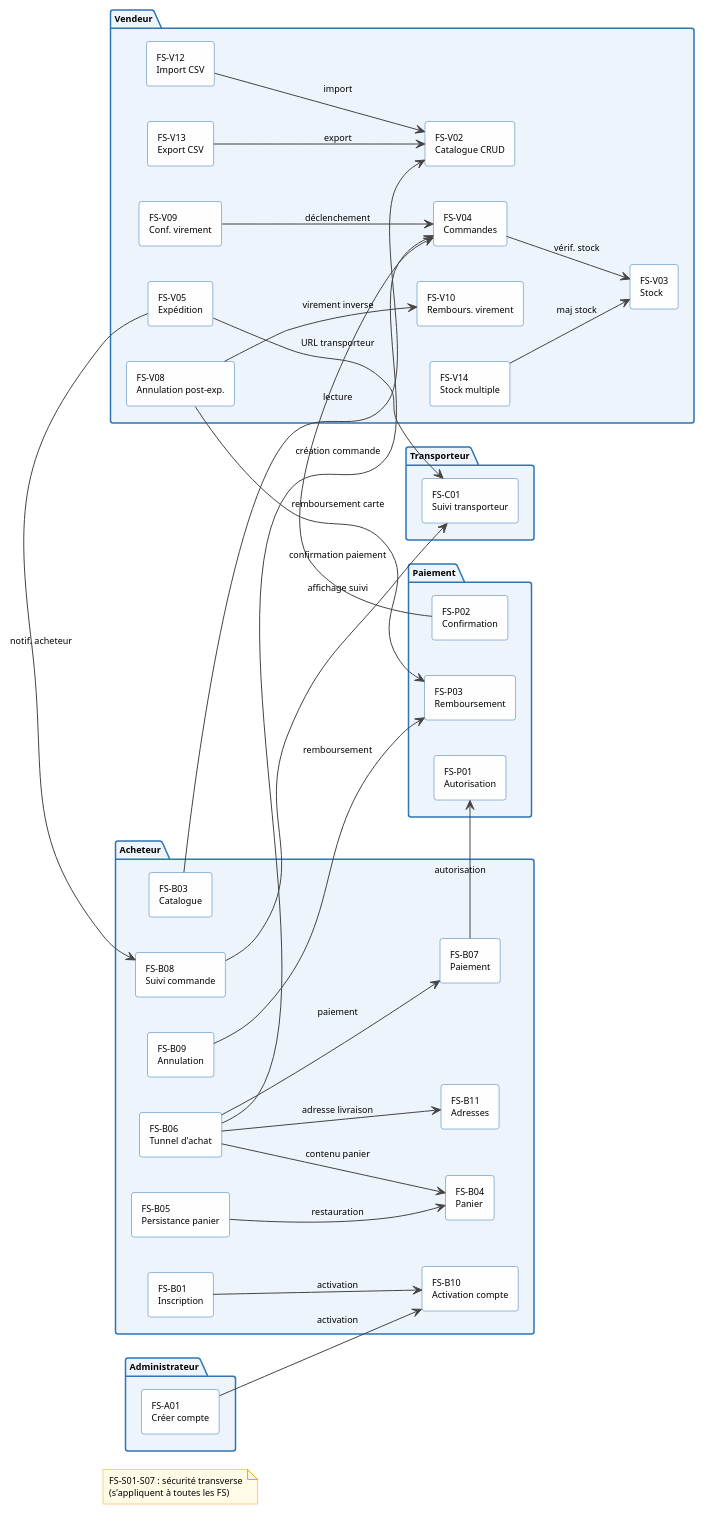
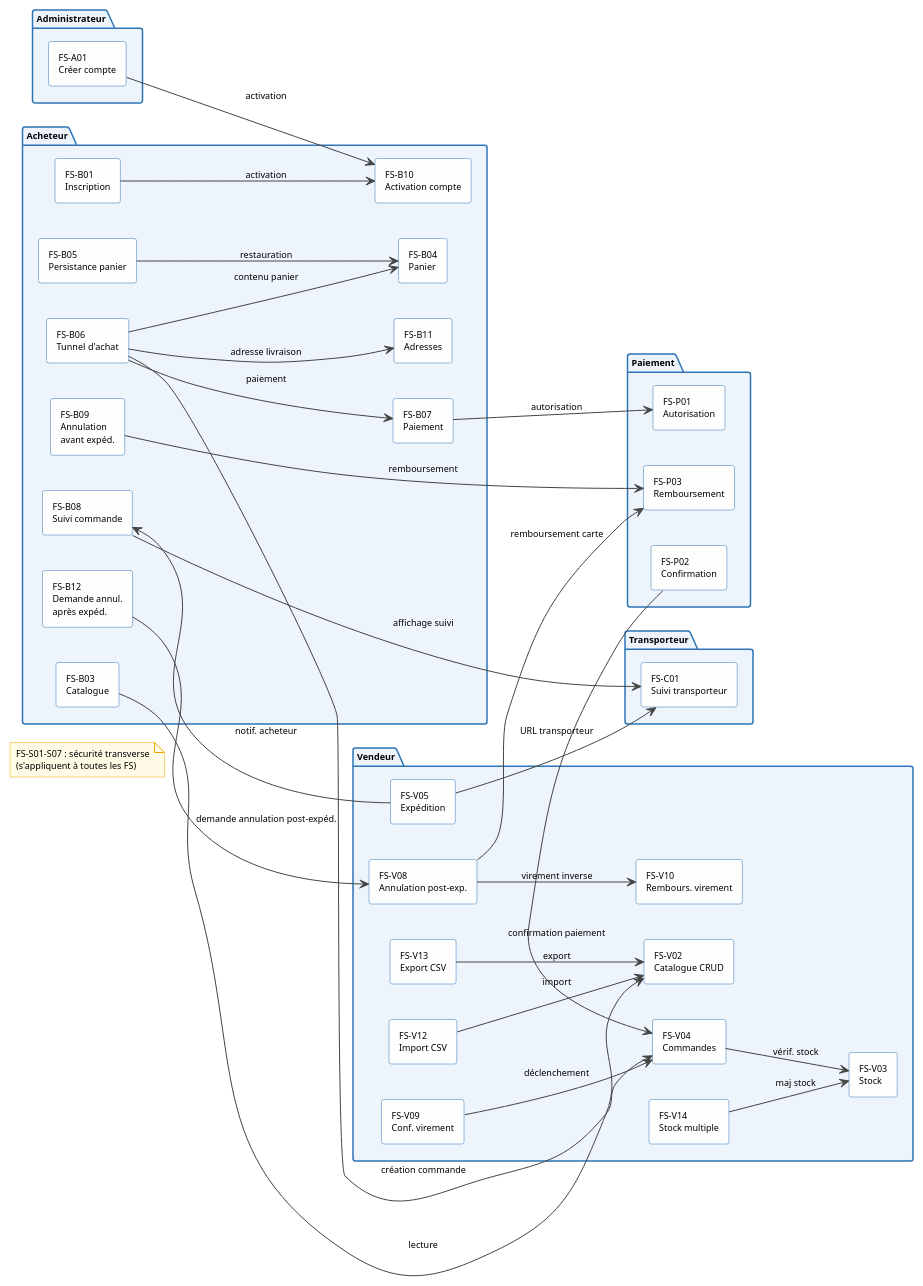
The second of 6 diagrams in architecture/02-system-analysis/sa.adoc (louistalvande/online_shop), drawn with PlantUML before and after one commit. The commit also changed other lines of this file and 16 other files, not shown here.

```diff
--- a/architecture/02-system-analysis/sa.adoc
+++ b/architecture/02-system-analysis/sa.adoc
@@ -357,79 +358,81 @@
 [plantuml, sa-fs-relations, svg]
 ----
 skinparam componentStyle rectangle
 skinparam defaultFontSize 9
 skinparam shadowing false
 skinparam ArrowColor #444444
 skinparam componentBackgroundColor #FEFEFE
 skinparam componentBorderColor #2E75B6
 skinparam packageBackgroundColor #EEF4FB
 skinparam packageBorderColor #2E75B6
 skinparam noteBackgroundColor #FFFBE6
 skinparam noteBorderColor #F0A500
 
 left to right direction
 
 package "Administrateur" {
   [FS-A01\nCréer compte] as FSA01
 }
 
 package "Acheteur" {
   [FS-B01\nInscription] as FSB01
   [FS-B10\nActivation compte] as FSB10
   [FS-B03\nCatalogue] as FSB03
   [FS-B04\nPanier] as FSB04
   [FS-B05\nPersistance panier] as FSB05
   [FS-B11\nAdresses] as FSB11
   [FS-B06\nTunnel d'achat] as FSB06
   [FS-B07\nPaiement] as FSB07
   [FS-B08\nSuivi commande] as FSB08
-  [FS-B09\nAnnulation] as FSB09
+  [FS-B09\nAnnulation\navant expéd.] as FSB09
+  [FS-B12\nDemande annul.\naprès expéd.] as FSB12
 }
 
 package "Vendeur" {
   [FS-V02\nCatalogue CRUD] as FSV02
   [FS-V03\nStock] as FSV03
   [FS-V04\nCommandes] as FSV04
   [FS-V05\nExpédition] as FSV05
   [FS-V08\nAnnulation post-exp.] as FSV08
   [FS-V09\nConf. virement] as FSV09
   [FS-V10\nRembours. virement] as FSV10
   [FS-V12\nImport CSV] as FSV12
   [FS-V13\nExport CSV] as FSV13
   [FS-V14\nStock multiple] as FSV14
 }
 
 package "Paiement" {
   [FS-P01\nAutorisation] as FSP01
   [FS-P02\nConfirmation] as FSP02
   [FS-P03\nRemboursement] as FSP03
 }
 
 package "Transporteur" {
   [FS-C01\nSuivi transporteur] as FSC01
 }
 
 note "FS-S01–S07 : sécurité transverse\n(s'appliquent à toutes les FS)" as NoteS
 
 FSA01 --> FSB10 : activation
 FSB01 --> FSB10 : activation
 FSB03 --> FSV02 : lecture
 FSB05 --> FSB04 : restauration
 FSB06 --> FSB04 : contenu panier
 FSB06 --> FSB11 : adresse livraison
 FSB06 --> FSB07 : paiement
 FSB06 --> FSV04 : création commande
 FSB07 --> FSP01 : autorisation
 FSB08 --> FSC01 : affichage suivi
 FSB09 --> FSP03 : remboursement
+FSB12 --> FSV08 : demande annulation post-expéd.
 FSP02 --> FSV04 : confirmation paiement
 FSV04 --> FSV03 : vérif. stock
 FSV05 --> FSC01 : URL transporteur
 FSV05 --> FSB08 : notif. acheteur
 FSV08 --> FSP03 : remboursement carte
 FSV08 --> FSV10 : virement inverse
 FSV09 --> FSV04 : déclenchement
 FSV12 --> FSV02 : import
 FSV13 --> FSV02 : export
 FSV14 --> FSV03 : maj stock
 ----
```
